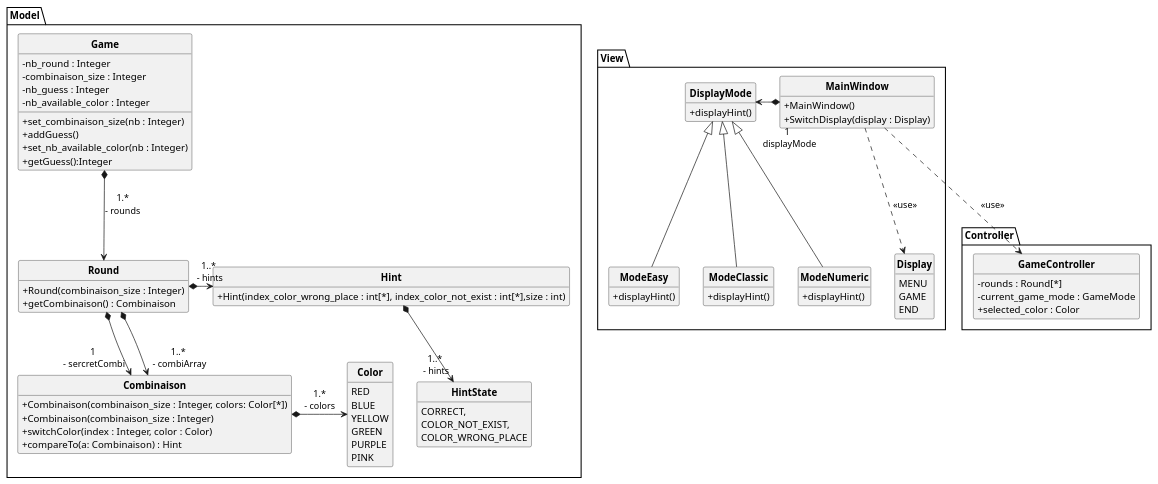
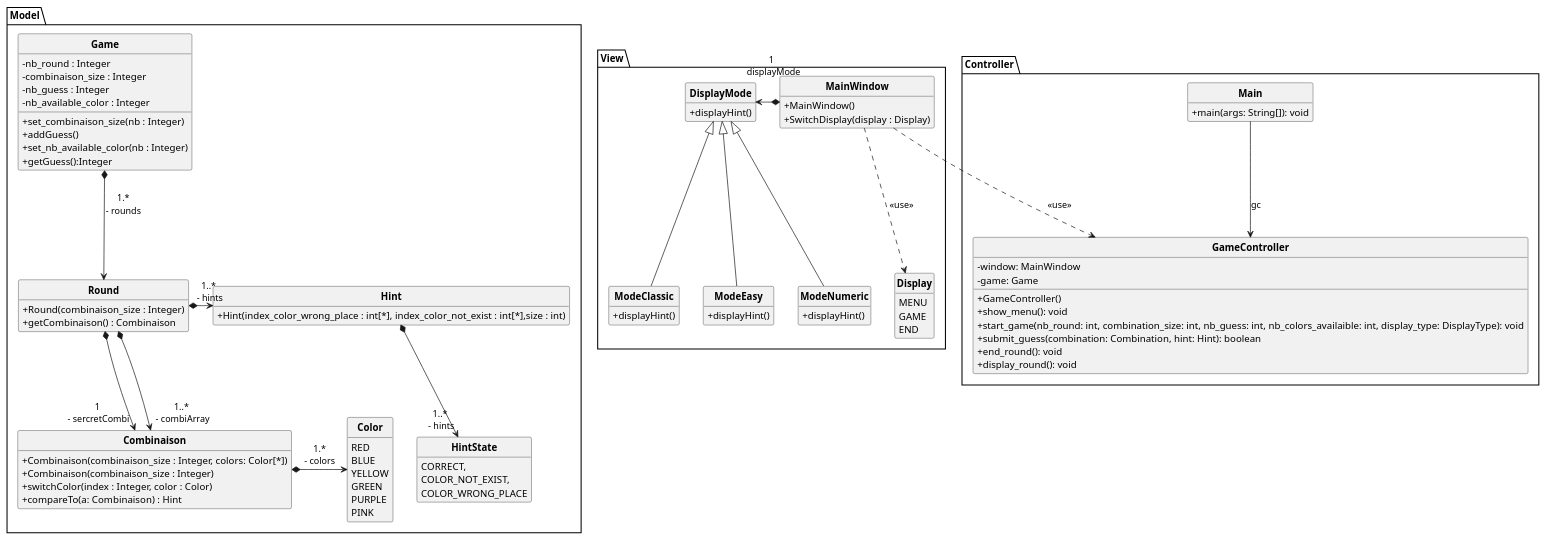
One commit to xeragon/Mastermind changed the diagram in V1/PUML/DCC.puml. Above: the diagram before and after it, drawn with PlantUML.

Commit message:
:memo: debut dcc

```diff
--- a/V1/PUML/DCC.puml
+++ b/V1/PUML/DCC.puml
@@ -1,102 +1,112 @@
 @startuml
 'https://plantuml.com/sequence-diagram
 skinparam classAttributeIconSize 0
 skinparam classFontStyle Bold
 skinparam style strictuml
 hide empty members
 
 package Model{
 
 
     class Combinaison {
         + Combinaison(combinaison_size : Integer, colors: Color[*])
         + Combinaison(combinaison_size : Integer)
         + switchColor(index : Integer, color : Color)
         + compareTo(a: Combinaison) : Hint
     }
 
 
     enum Color {
         RED
         BLUE
         YELLOW
         GREEN
         PURPLE
         PINK
     }
 
     enum HintState{
         CORRECT,
         COLOR_NOT_EXIST,
         COLOR_WRONG_PLACE
     }
 
     class Hint {
         + Hint(index_color_wrong_place : int[*], index_color_not_exist : int[*],size : int)
     }
 
     class Game {
         - nb_round : Integer
         - combinaison_size : Integer
         - nb_guess : Integer
         - nb_available_color : Integer
         + set_combinaison_size(nb : Integer)
         + addGuess()
         + set_nb_available_color(nb : Integer)
         + getGuess():Integer
     }
 
     class Round {
         + Round(combinaison_size : Integer)
         + getCombinaison() : Combinaison
     }
     Game *--> Round : "1.*\n- rounds"
     Combinaison *-> Color : "1.*\n- colors"
 }
 
 package View {
     enum Display{
         MENU
         GAME
         END
     }
     class MainWindow {
         + MainWindow()
         + SwitchDisplay(display : Display)
 
     }
 
     class DisplayMode {
         + displayHint()
     }
 
     class ModeEasy extends DisplayMode {
       + displayHint()
     }
     class ModeClassic extends DisplayMode {
       + displayHint()
     }
     class ModeNumeric extends DisplayMode {
       + displayHint()
     }
 }
 
 
 package Controller{
+    class Main {
+      + main(args: String[]): void
+    }
+    Main --> GameController : gc
+
     class GameController {
-        - rounds : Round[*]
-        - current_game_mode : GameMode
-        + selected_color : Color
-    }
+        - window: MainWindow
+        - game: Game
+        + GameController()
+        + show_menu(): void
+        + start_game(nb_round: int, combination_size: int, nb_guess: int, nb_colors_availaible: int, display_type: DisplayType): void
+        + submit_guess(combination: Combination, hint: Hint): boolean
+        + end_round(): void
+        + display_round(): void
+      }
 }
 MainWindow *-> "1 \n displayMode" DisplayMode
 Round *--> " 1 \n - sercretCombi" Combinaison
 Round *--> " 1..* \n - combiArray" Combinaison
 Round *-> " 1..* \n - hints" Hint
 Hint *--> " 1..* \n - hints" HintState
 
 MainWindow ..> GameController: <<use>>
 MainWindow ..> Display: <<use>>
 
 
 @enduml
```
